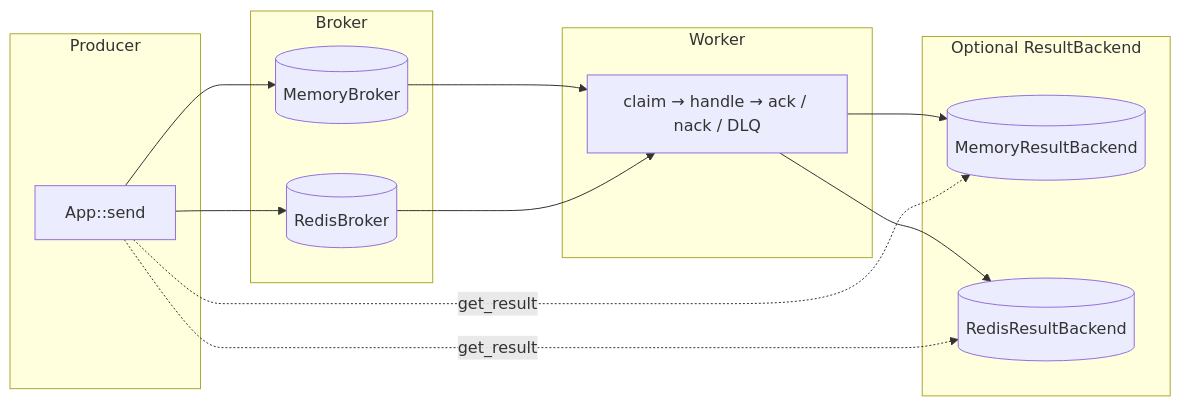
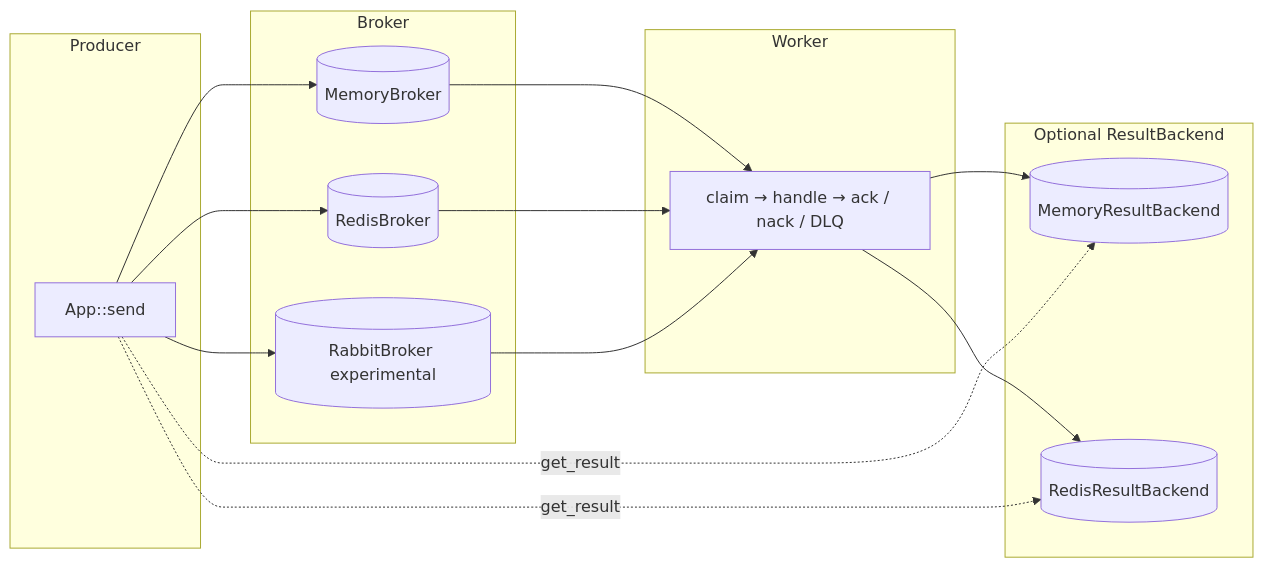
The diagram in README.md (DavillyDevTeam/capivara-rs), drawn with Mermaid before and after one commit. The commit also changed other lines of this file and 9 other files, not shown here.

First line of the commit message:
feat: experimental RabbitMQ broker spike behind rabbitmq feature

````diff
--- a/README.md
+++ b/README.md
@@ -22,29 +22,32 @@
 ```mermaid
 flowchart LR
   subgraph Producer
     P[App::send]
   end
 
   subgraph Broker["Broker"]
     MB[(MemoryBroker)]
     RB[(RedisBroker)]
+    QB[(RabbitBroker experimental)]
   end
 
   subgraph Worker
     W[claim → handle → ack / nack / DLQ]
   end
 
   subgraph Results["Optional ResultBackend"]
     MR[(MemoryResultBackend)]
     RR[(RedisResultBackend)]
   end
 
   P --> MB
   P --> RB
+  P --> QB
   MB --> W
   RB --> W
+  QB --> W
   W --> MR
   W --> RR
   P -.->|get_result| MR
   P -.->|get_result| RR
 ```
````
